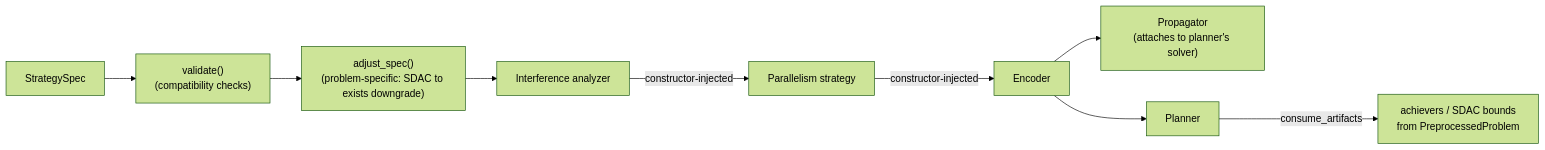
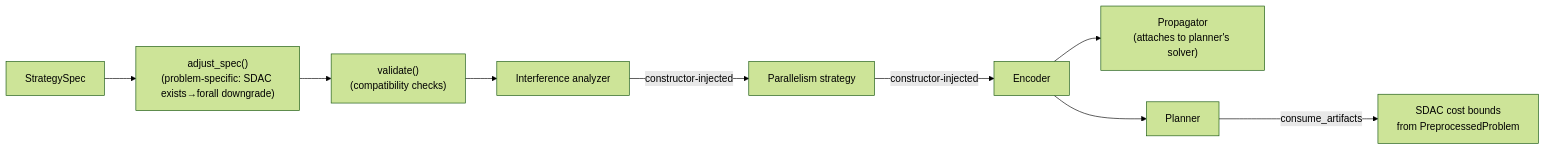
Before and after one commit to pyPMT/RanTanPlan: the third of 3 diagrams in developer-docs/preprocessing-and-strategy.md, drawn with Mermaid (forest theme). The commit also changed other lines of this file and 7 other files, not shown here.

````diff
--- a/developer-docs/preprocessing-and-strategy.md
+++ b/developer-docs/preprocessing-and-strategy.md
@@ -346,11 +347,11 @@
 ```mermaid
 flowchart LR
-    S[StrategySpec] --> V["validate()<br/>(compatibility checks)"]
-    V --> AJ["adjust_spec()<br/>(problem-specific: SDAC to exists downgrade)"]
-    AJ --> I[Interference analyzer]
+    S[StrategySpec] --> AJ["adjust_spec()<br/>(problem-specific: SDAC exists→forall downgrade)"]
+    AJ --> V["validate()<br/>(compatibility checks)"]
+    V --> I[Interference analyzer]
     I -->|constructor-injected| PA[Parallelism strategy]
     PA -->|constructor-injected| E[Encoder]
     E --> PR["Propagator<br/>(attaches to planner's solver)"]
     E --> PL[Planner]
-    PL -->|consume_artifacts| ART["achievers / SDAC bounds<br/>from PreprocessedProblem"]
+    PL -->|consume_artifacts| ART["SDAC cost bounds<br/>from PreprocessedProblem"]
 ```
````
